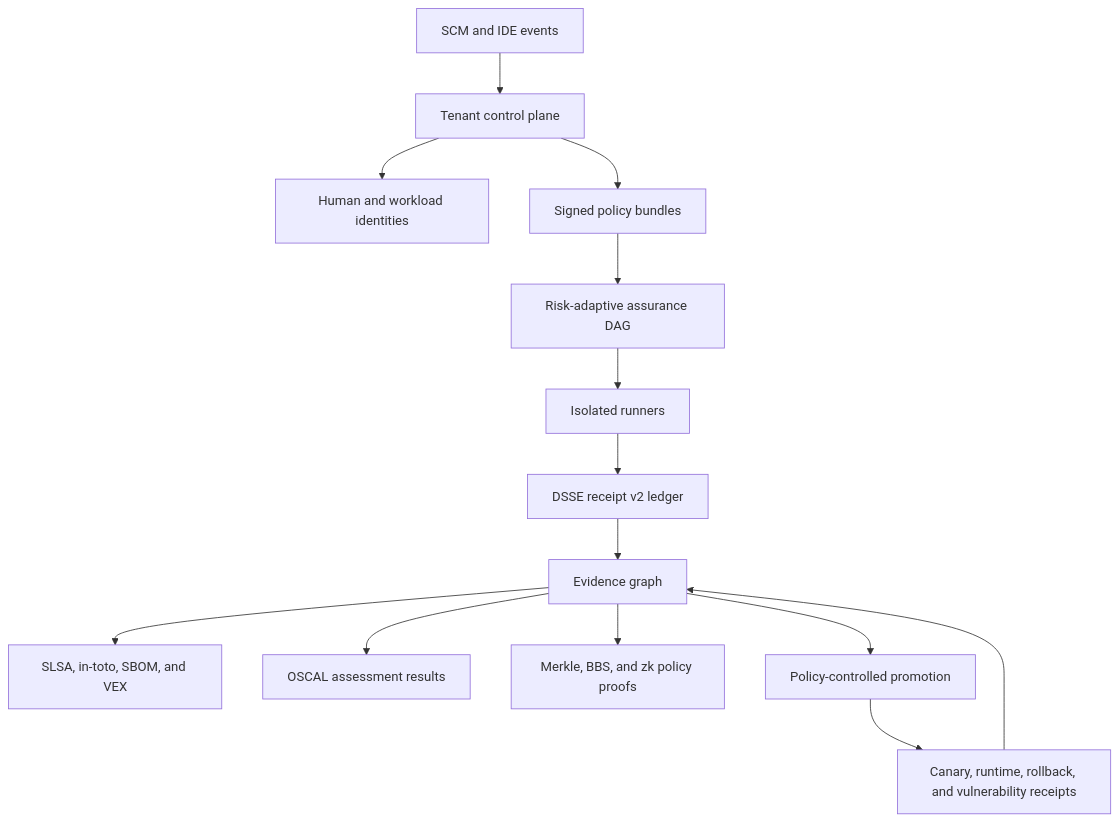
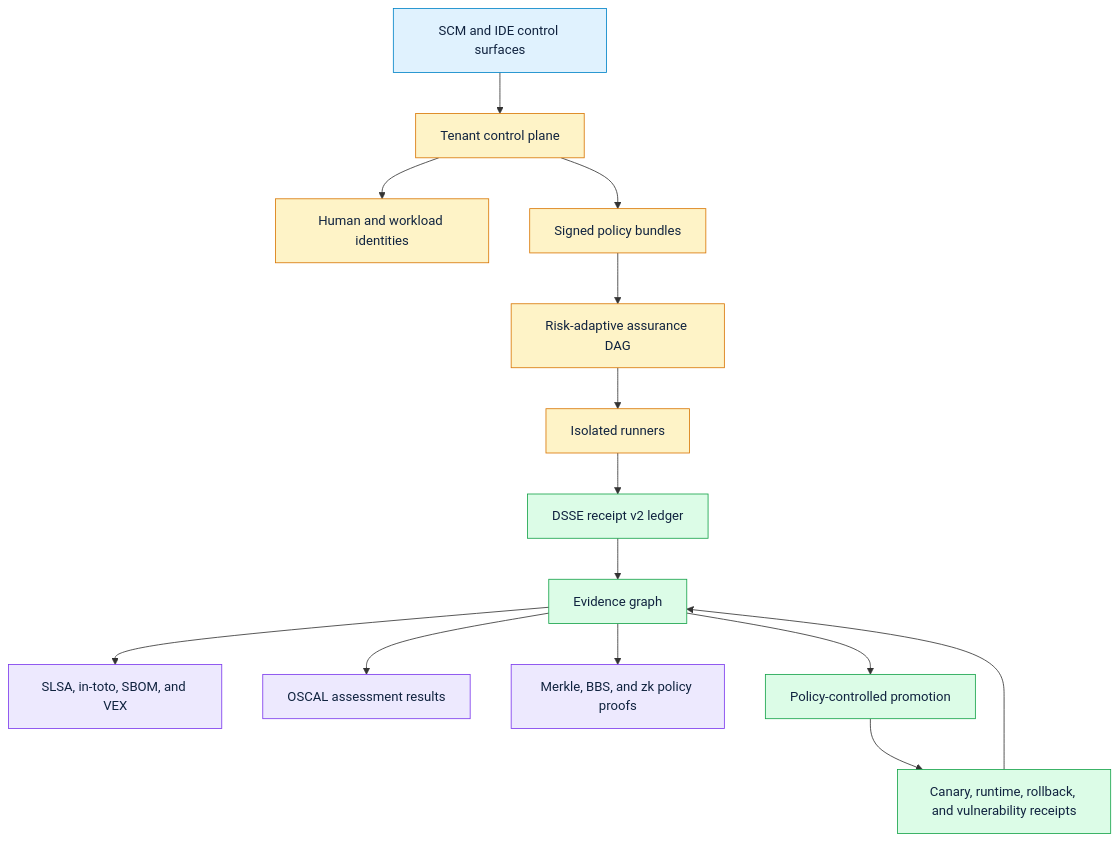
The diagram in docs/ENTERPRISE_1_0.md (zrk222/code-factory), drawn with Mermaid before and after one commit. The commit also changed 36 other files, not shown here.

````diff
--- a/docs/ENTERPRISE_1_0.md
+++ b/docs/ENTERPRISE_1_0.md
@@ -9,16 +9,24 @@
 ```mermaid
 flowchart TB
-    SCM["SCM and IDE events"] --> CP["Tenant control plane"]
+    SCM["SCM and IDE control surfaces"] --> CP["Tenant control plane"]
     CP --> ID["Human and workload identities"]
     CP --> POL["Signed policy bundles"]
     POL --> DAG["Risk-adaptive assurance DAG"]
     DAG --> RUN["Isolated runners"]
     RUN --> REC["DSSE receipt v2 ledger"]
     REC --> GRAPH["Evidence graph"]
     GRAPH --> SUP["SLSA, in-toto, SBOM, and VEX"]
     GRAPH --> OSC["OSCAL assessment results"]
     GRAPH --> PRIV["Merkle, BBS, and zk policy proofs"]
     GRAPH --> PROM["Policy-controlled promotion"]
     PROM --> OPS["Canary, runtime, rollback, and vulnerability receipts"]
     OPS --> GRAPH
+    classDef ingress fill:#e0f2fe,stroke:#0284c7,color:#10233f
+    classDef control fill:#fef3c7,stroke:#d97706,color:#10233f
+    classDef evidence fill:#dcfce7,stroke:#16a34a,color:#10233f
+    classDef future fill:#ede9fe,stroke:#7c3aed,color:#10233f
+    class SCM ingress
+    class CP,ID,POL,DAG,RUN control
+    class REC,GRAPH,PROM,OPS evidence
+    class SUP,OSC,PRIV future
 ```
````
